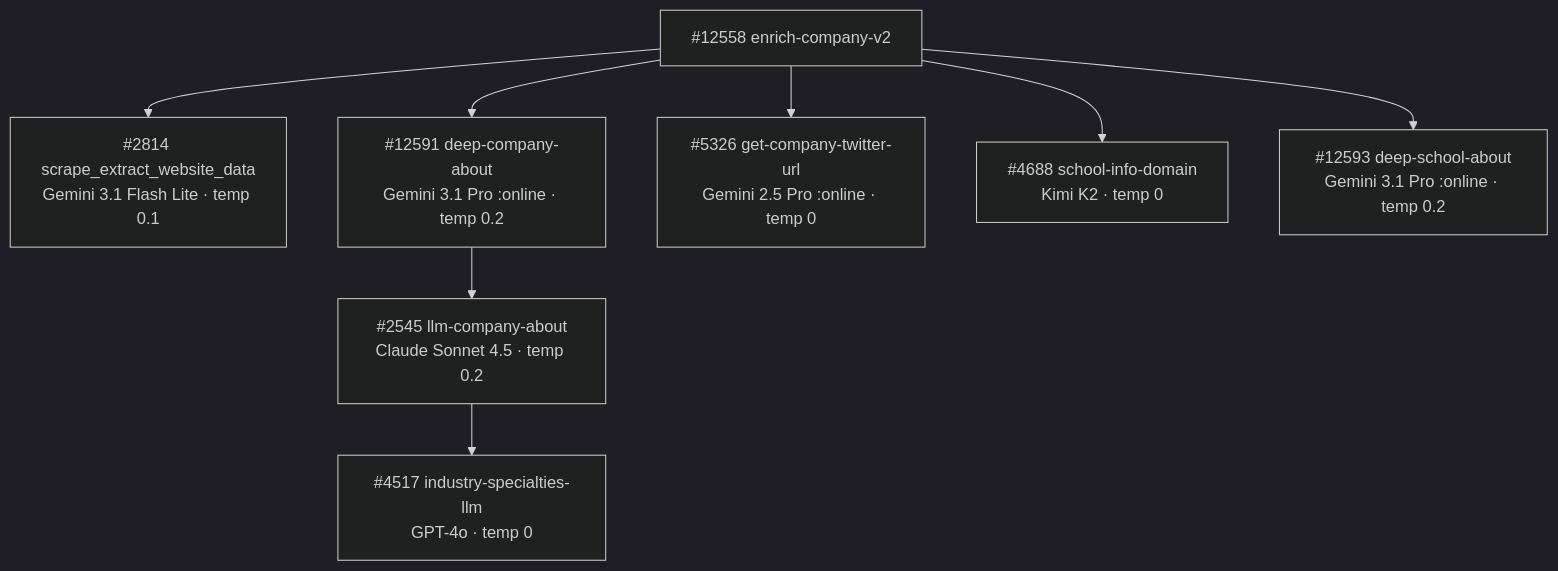
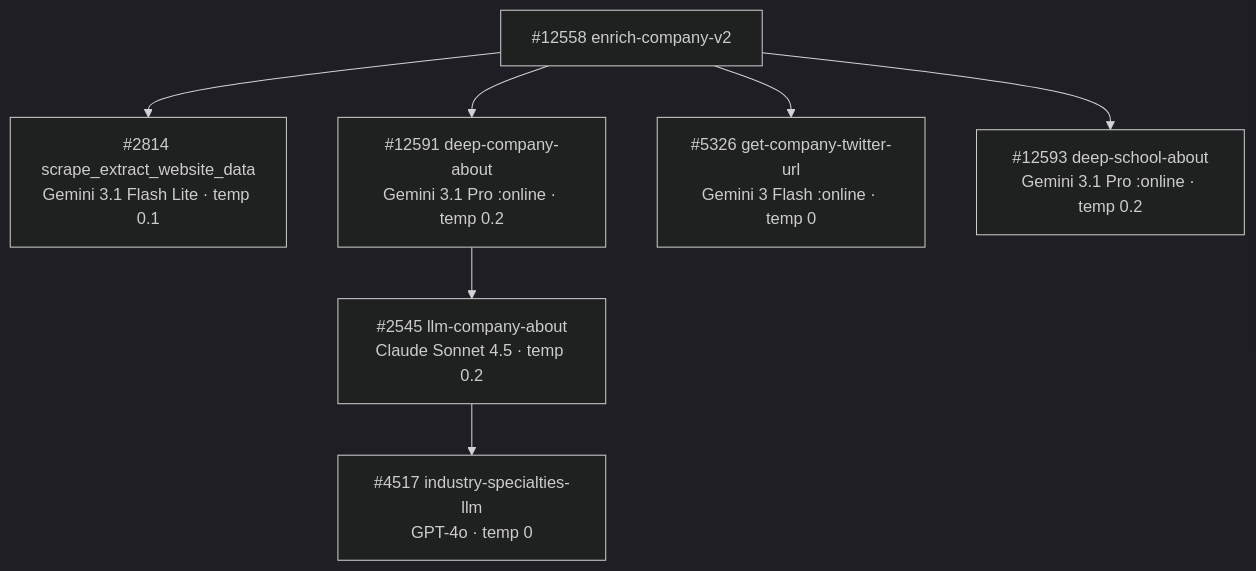
Before and after one commit to M-Pederson/docs: the diagram in guides/enrichment/company-pipeline/model-summary.mdx, drawn with Mermaid (dark theme). The commit also changed other lines of this file and 14 other files, not shown here.

````diff
--- a/guides/enrichment/company-pipeline/model-summary.mdx
+++ b/guides/enrichment/company-pipeline/model-summary.mdx
@@ -99,10 +85,9 @@
 ```mermaid
 graph TD
     A["#12558 enrich-company-v2"] --> B["#2814 scrape_extract_website_data<br/>Gemini 3.1 Flash Lite · temp 0.1"]
     A --> C["#12591 deep-company-about<br/>Gemini 3.1 Pro :online · temp 0.2"]
-    A --> D["#5326 get-company-twitter-url<br/>Gemini 2.5 Pro :online · temp 0"]
-    A --> E["#4688 school-info-domain<br/>Kimi K2 · temp 0"]
+    A --> D["#5326 get-company-twitter-url<br/>Gemini 3 Flash :online · temp 0"]
     A --> F["#12593 deep-school-about<br/>Gemini 3.1 Pro :online · temp 0.2"]
     C --> G["#2545 llm-company-about<br/>Claude Sonnet 4.5 · temp 0.2"]
     G --> H["#4517 industry-specialties-llm<br/>GPT-4o · temp 0"]
 ```
````
